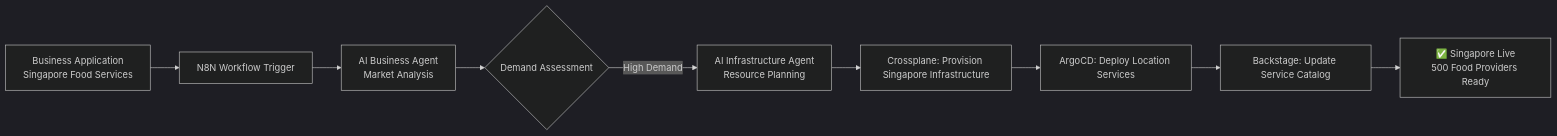
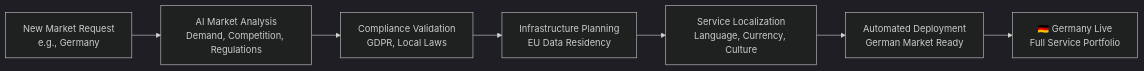
Before and after one commit to msdp-platform/msdp-documentation: the fourth of 4 diagrams in MSDP_MASTER_TECHNOLOGY_OVERVIEW.md, drawn with Mermaid (dark theme). The commit also changed other lines of this file, not shown here.

First line of the commit message:
feat: Transform MSDP to AI-driven service generation platform

````diff
--- a/MSDP_MASTER_TECHNOLOGY_OVERVIEW.md
+++ b/MSDP_MASTER_TECHNOLOGY_OVERVIEW.md
@@ -923,11 +331,9 @@
 ```mermaid
 graph LR
-    A[Business Application<br/>Singapore Food Services] --> B[N8N Workflow Trigger]
-    B --> C[AI Business Agent<br/>Market Analysis]
-    C --> D{Demand Assessment}
-    D -->|High Demand| E[AI Infrastructure Agent<br/>Resource Planning]
-    E --> F[Crossplane: Provision Singapore Infrastructure]
-    F --> G[ArgoCD: Deploy Location Services]
-    G --> H[Backstage: Update Service Catalog]
-    H --> I[✅ Singapore Live<br/>500 Food Providers Ready]
+    A[New Market Request<br/>e.g., Germany] --> B[AI Market Analysis<br/>Demand, Competition, Regulations]
+    B --> C[Compliance Validation<br/>GDPR, Local Laws]
+    C --> D[Infrastructure Planning<br/>EU Data Residency]
+    D --> E[Service Localization<br/>Language, Currency, Culture]
+    E --> F[Automated Deployment<br/>German Market Ready]
+    F --> G[🇩🇪 Germany Live<br/>Full Service Portfolio]
 ```
````
